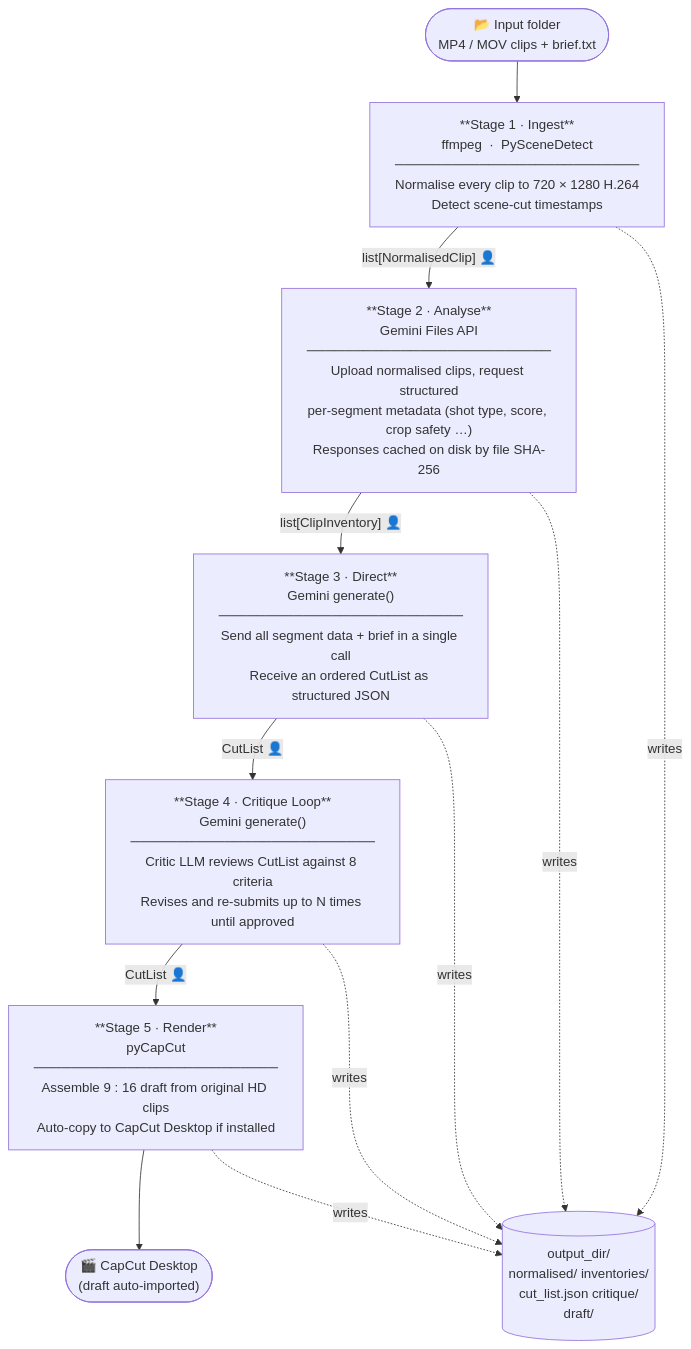
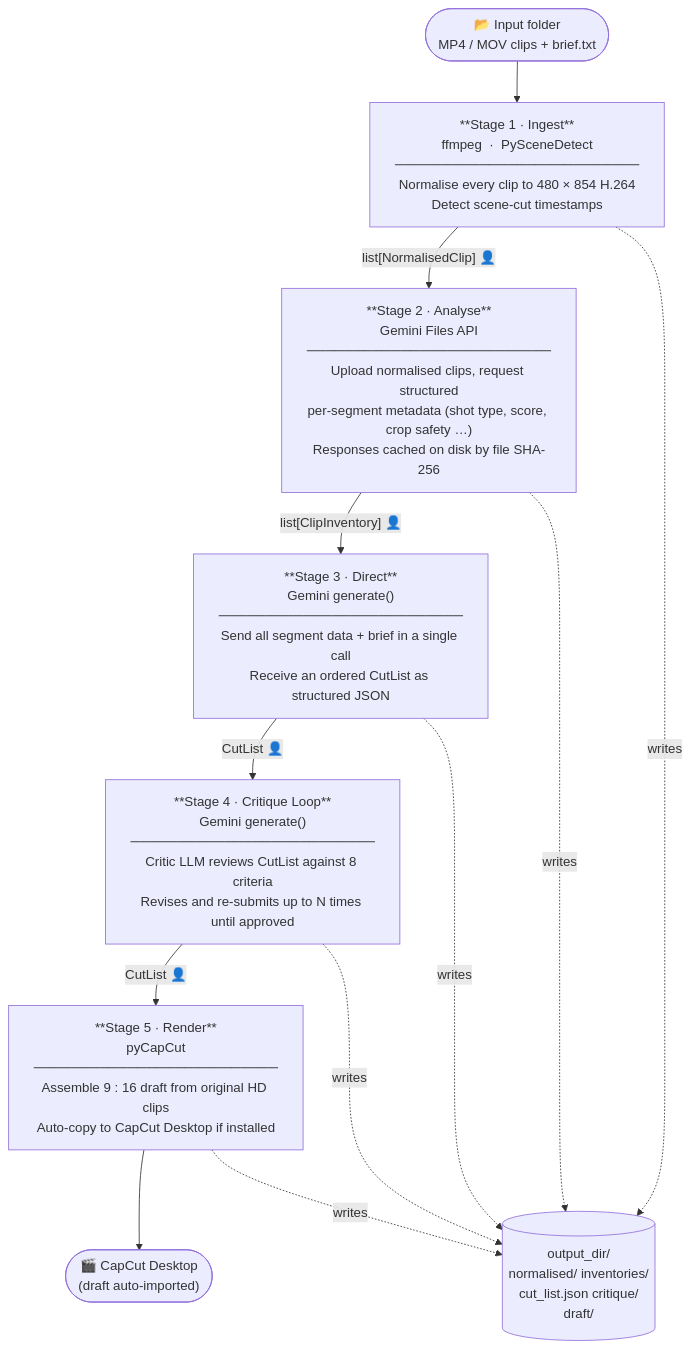
One commit to jyjulianwong/LasagnaStack changed the first of 4 diagrams in ARCHITECTURE.md. Above: the diagram before and after it, drawn with Mermaid. The commit also changed 3 other files, not shown here.

````diff
--- a/ARCHITECTURE.md
+++ b/ARCHITECTURE.md
@@ -11,21 +11,21 @@
 ```mermaid
 flowchart TD
     INPUT(["📂 Input folder\nMP4 / MOV clips  +  brief.txt"])
 
-    S1["**Stage 1 · Ingest**\nffmpeg  ·  PySceneDetect\n──────────────────────────\nNormalise every clip to 720 × 1280 H.264\nDetect scene-cut timestamps"]
+    S1["**Stage 1 · Ingest**\nffmpeg  ·  PySceneDetect\n──────────────────────────\nNormalise every clip to 480 × 854 H.264\nDetect scene-cut timestamps"]
     S2["**Stage 2 · Analyse**\nGemini Files API\n──────────────────────────\nUpload normalised clips, request structured\nper-segment metadata (shot type, score, crop safety …)\nResponses cached on disk by file SHA-256"]
     S3["**Stage 3 · Direct**\nGemini generate()\n──────────────────────────\nSend all segment data + brief in a single call\nReceive an ordered CutList as structured JSON"]
     S4["**Stage 4 · Critique Loop**\nGemini generate()\n──────────────────────────\nCritic LLM reviews CutList against 8 criteria\nRevises and re-submits up to N times until approved"]
     S5["**Stage 5 · Render**\npyCapCut\n──────────────────────────\nAssemble 9 : 16 draft from original HD clips\nAuto-copy to CapCut Desktop if installed"]
 
     OUTPUT(["🎬 CapCut Desktop\n(draft auto-imported)"])
     DISK[("output_dir/\nnormalised/   inventories/\ncut_list.json   critique/\ndraft/")]
 
     INPUT --> S1
     S1 -->|"list[NormalisedClip]   👤"| S2
     S2 -->|"list[ClipInventory]   👤"| S3
     S3 -->|"CutList   👤"| S4
     S4 -->|"CutList   👤"| S5
     S5 --> OUTPUT
     S1 & S2 & S3 & S4 & S5 -. writes .-> DISK
 ```
````
